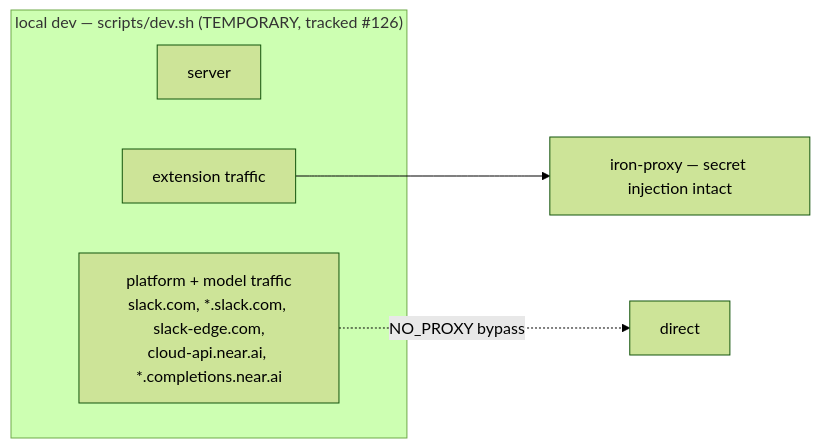
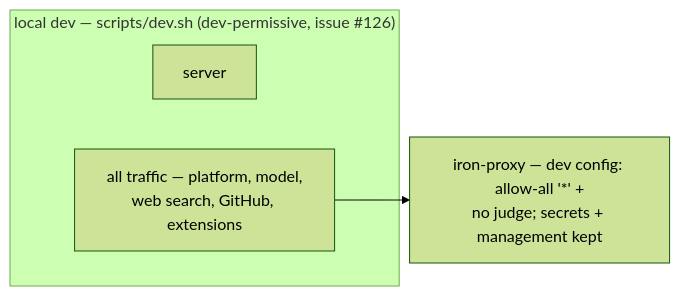
Before and after one commit to serrrfirat/bottega: the fourth of 10 diagrams in architecture.md, drawn with Mermaid (forest theme). The commit also changed other lines of this file and 11 other files, not shown here.

````diff
--- a/architecture.md
+++ b/architecture.md
@@ -101,10 +101,8 @@
 ```mermaid
 flowchart LR
-    subgraph dev["local dev — scripts/dev.sh (TEMPORARY, tracked #126)"]
+    subgraph dev["local dev — scripts/dev.sh (dev-permissive, issue #126)"]
         SRV["server"]
-        ETC["extension traffic"]
-        CORE["platform + model traffic<br/>slack.com, *.slack.com, slack-edge.com,<br/>cloud-api.near.ai, *.completions.near.ai"]
+        ALL["all traffic — platform, model,<br/>web search, GitHub, extensions"]
     end
-    ETC --> DXP["iron-proxy — secret injection intact"]
-    CORE -. "NO_PROXY bypass" .-> DDIR["direct"]
+    ALL --> DXP["iron-proxy — dev config: allow-all '*' +<br/>no judge; secrets + management kept"]
 ```
````
